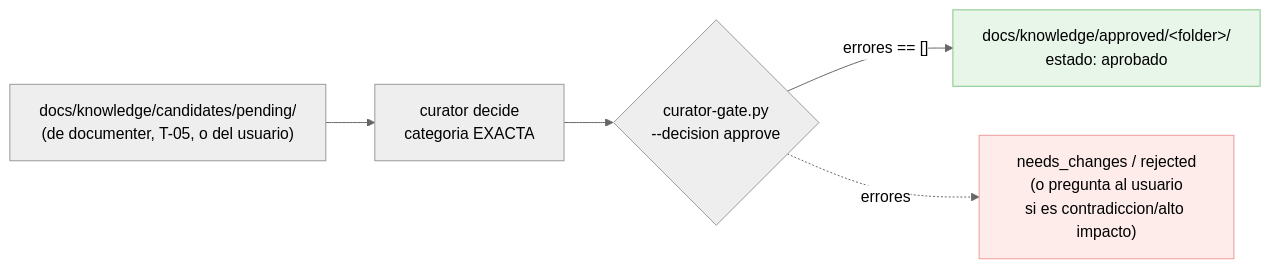
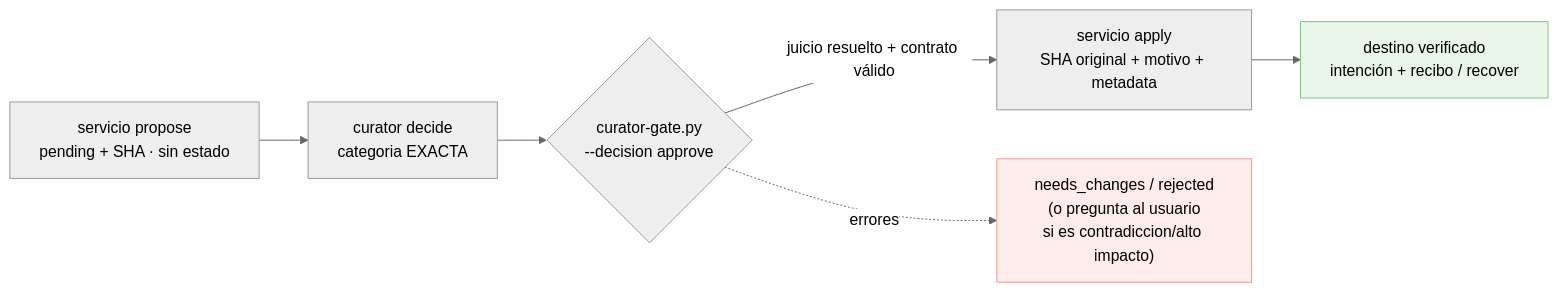
The diagram in docs/agents/knowledge-curator.md (daycry/custom-agents), drawn with Mermaid (neutral theme) before and after one commit. The commit also changed other lines of this file and 106 other files, not shown here.

````diff
--- a/docs/agents/knowledge-curator.md
+++ b/docs/agents/knowledge-curator.md
@@ -9,9 +9,10 @@
 ```mermaid
 flowchart LR
-    IN["docs/knowledge/candidates/pending/<br/>(de documenter, T-05, o del usuario)"] --> P2["curator decide<br/>categoria EXACTA"]
+    IN["servicio propose<br/>pending + SHA · sin estado"] --> P2["curator decide<br/>categoria EXACTA"]
     P2 --> GATE{"curator-gate.py<br/>--decision approve"}
-    GATE -->|"errores == []"| OK["docs/knowledge/approved/&lt;folder&gt;/<br/>estado: aprobado"]
+    GATE -->|"juicio resuelto + contrato válido"| APPLY["servicio apply<br/>SHA original + motivo + metadata"]
+    APPLY --> OK["destino verificado<br/>intención + recibo / recover"]
     GATE -.->|"errores"| NC["needs_changes / rejected<br/>(o pregunta al usuario<br/>si es contradiccion/alto impacto)"]
     style OK fill:#e8f5e9,stroke:#81c784
     style NC fill:#fdecea,stroke:#ef9a9a
 ```
````
